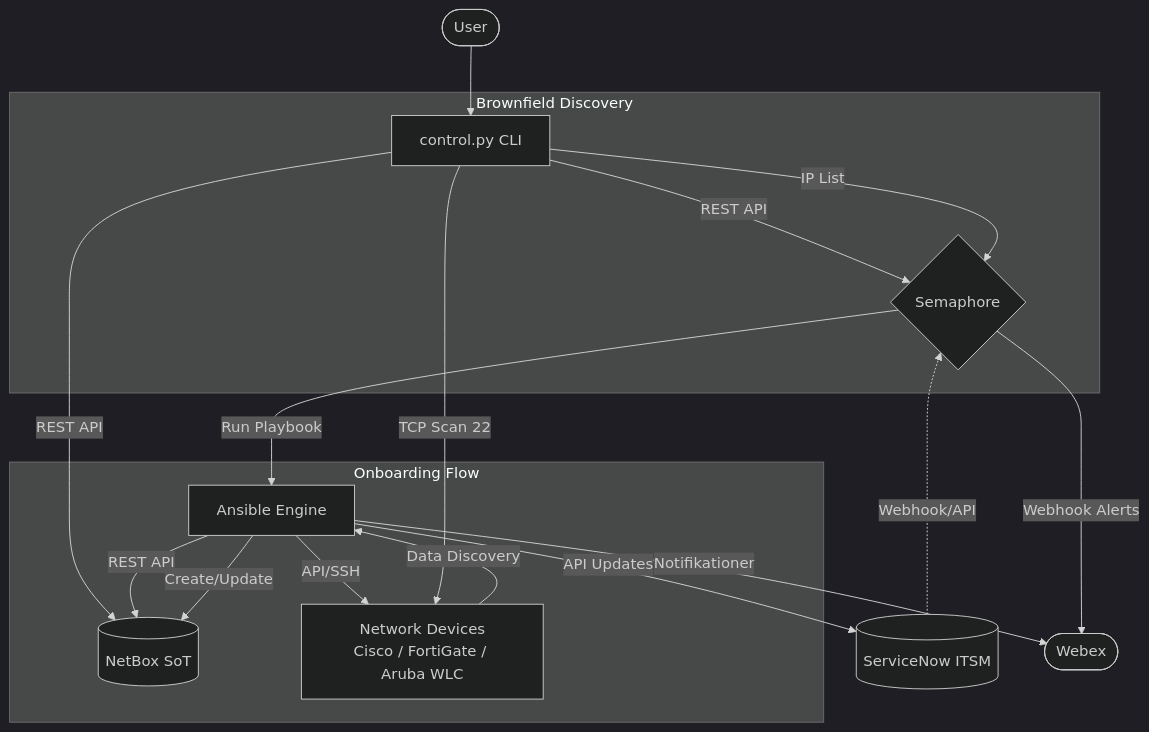
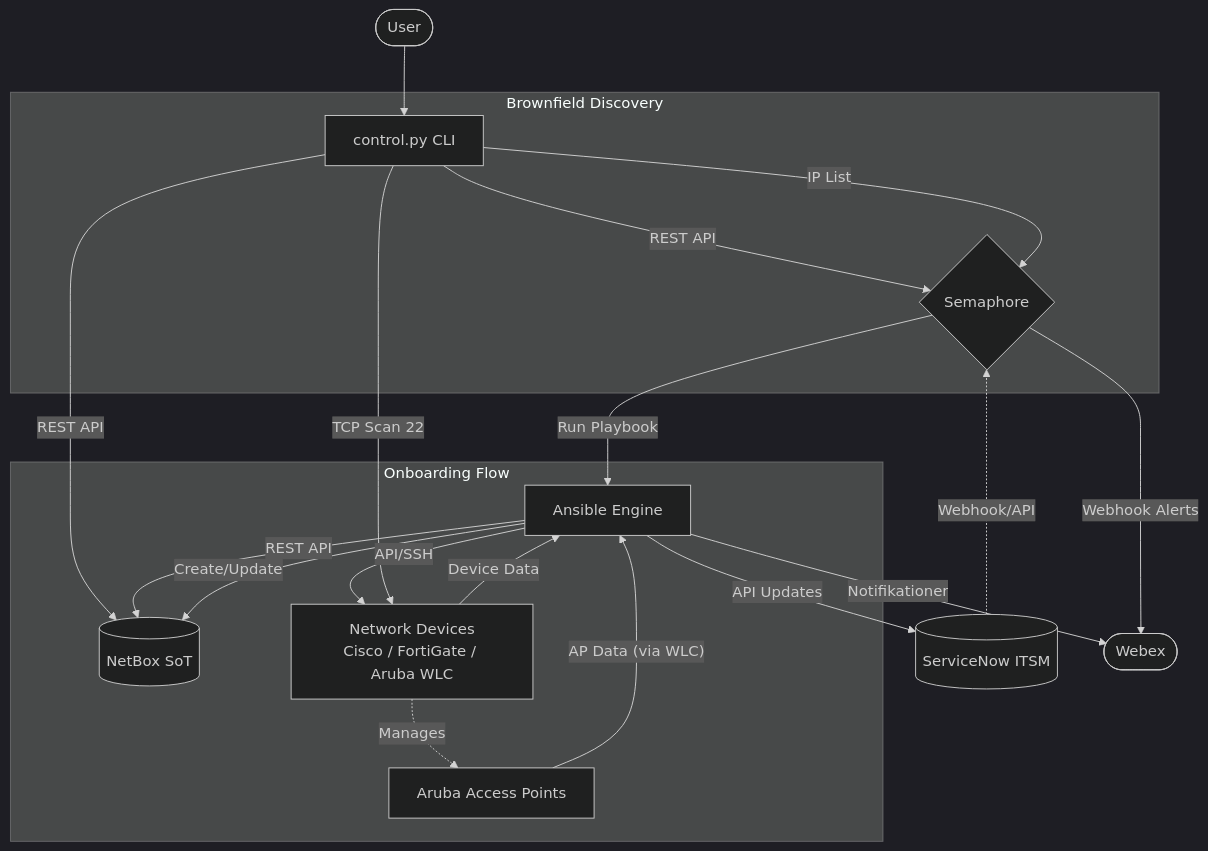
One commit to madsdude/IAC-Netbox changed the second of 2 diagrams in ARCHITECTURE.md. Above: the diagram before and after it, drawn with Mermaid (dark theme).

````diff
--- a/ARCHITECTURE.md
+++ b/ARCHITECTURE.md
@@ -60,26 +60,29 @@
 ```mermaid
 graph TD
     User([User]) --> ControlScript[control.py CLI]
     ServiceNow[(ServiceNow ITSM)] -. Webhook/API .-> Semaphore{Semaphore}
     
     ControlScript -- REST API --> Semaphore
     ControlScript -- REST API --> NetBox[(NetBox SoT)]
     
     Semaphore -- Run Playbook --> Ansible[Ansible Engine]
     Semaphore -- Webhook Alerts --> Webex([Webex])
     
     Ansible -- API/SSH --> NetworkDevices[Network Devices<br/>Cisco / FortiGate / Aruba WLC]
+    NetworkDevices -. Manages .-> ArubaAPs[Aruba Access Points]
+    
     Ansible -- REST API --> NetBox
     Ansible -- API Updates --> ServiceNow
     Ansible -- Notifikationer --> Webex
     
     subgraph "Onboarding Flow"
-    NetworkDevices -- Data Discovery --> Ansible
+    NetworkDevices -- Device Data --> Ansible
+    ArubaAPs -- AP Data (via WLC) --> Ansible
     Ansible -- Create/Update --> NetBox
     end
     
     subgraph "Brownfield Discovery"
     ControlScript -- TCP Scan 22 --> NetworkDevices
     ControlScript -- IP List --> Semaphore
     end
 ```
````
